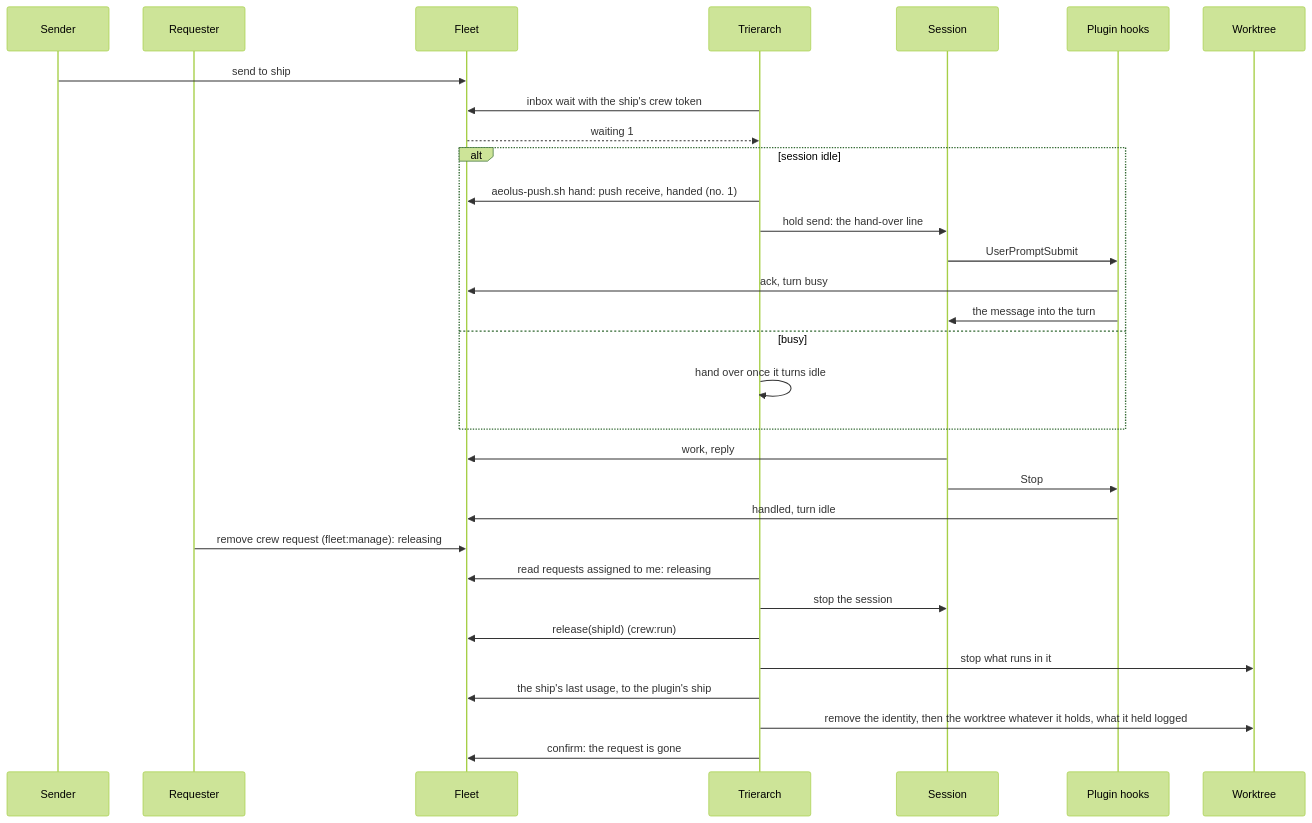
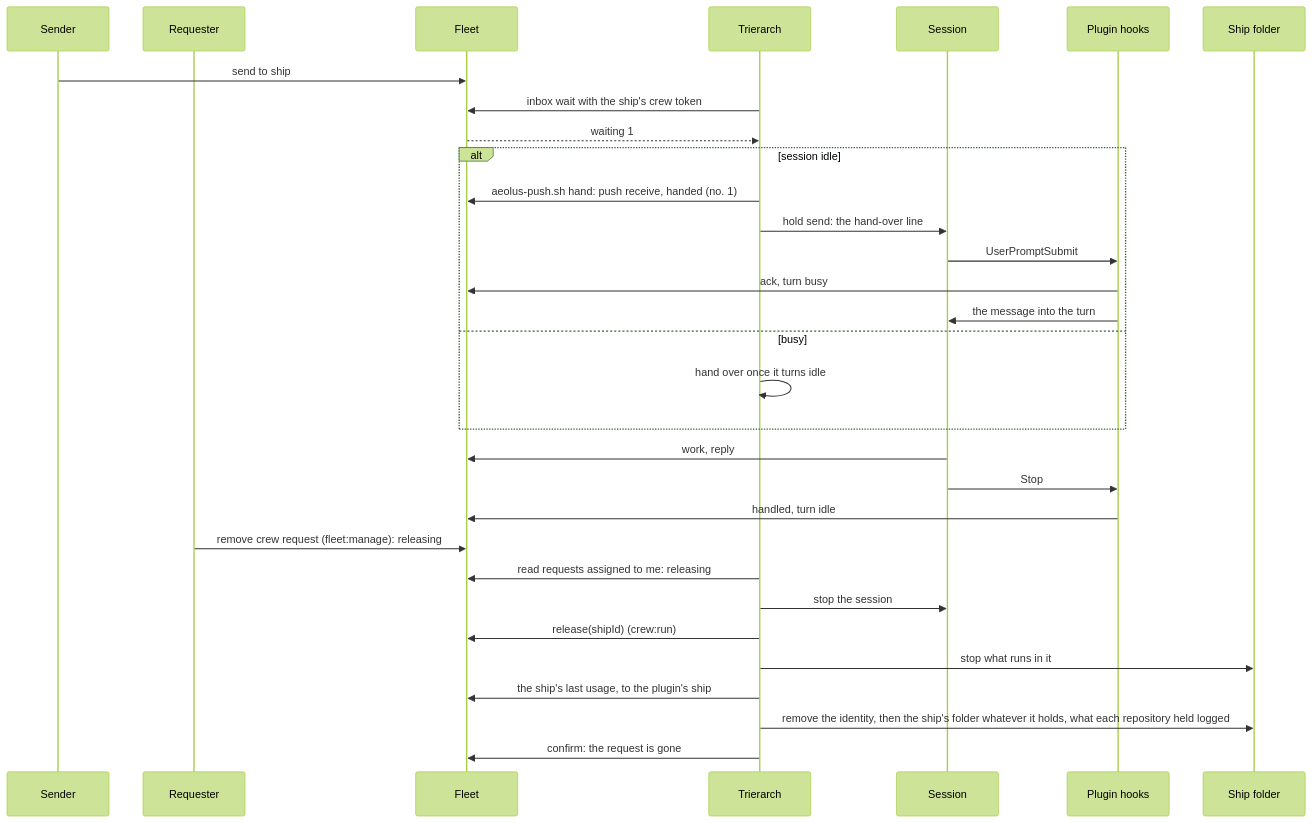
Before and after one commit to ThomasHendrickx/aeolus-fleet-trierarch: the fourth of 5 diagrams in docs/architecture.md, drawn with Mermaid (forest theme). The commit also changed other lines of this file and 2 other files, not shown here.

Commit message:
docs: a ship works in its ship folder, main/ and sub-repos/<repository>/, its root files written at every start

````diff
--- a/docs/architecture.md
+++ b/docs/architecture.md
@@ -132,33 +133,33 @@
 ```mermaid
 sequenceDiagram
   participant S as Sender
   participant R as Requester
   participant F as Fleet
   participant T as Trierarch
   participant X as Session
   participant H as Plugin hooks
-  participant W as Worktree
+  participant W as Ship folder
   S->>F: send to ship
   T->>F: inbox wait with the ship's crew token
   F-->>T: waiting 1
   alt session idle
     T->>F: aeolus-push.sh hand: push receive, handed (no. 1)
     T->>X: hold send: the hand-over line
     X->>H: UserPromptSubmit
     H->>F: ack, turn busy
     H->>X: the message into the turn
   else busy
     T->>T: hand over once it turns idle
   end
   X->>F: work, reply
   X->>H: Stop
   H->>F: handled, turn idle
   R->>F: remove crew request (fleet:manage): releasing
   T->>F: read requests assigned to me: releasing
   T->>X: stop the session
   T->>F: release(shipId) (crew:run)
   T->>W: stop what runs in it
   T->>F: the ship's last usage, to the plugin's ship
-  T->>W: remove the identity, then the worktree whatever it holds, what it held logged
+  T->>W: remove the identity, then the ship's folder whatever it holds, what each repository held logged
   T->>F: confirm: the request is gone
 ```
````
